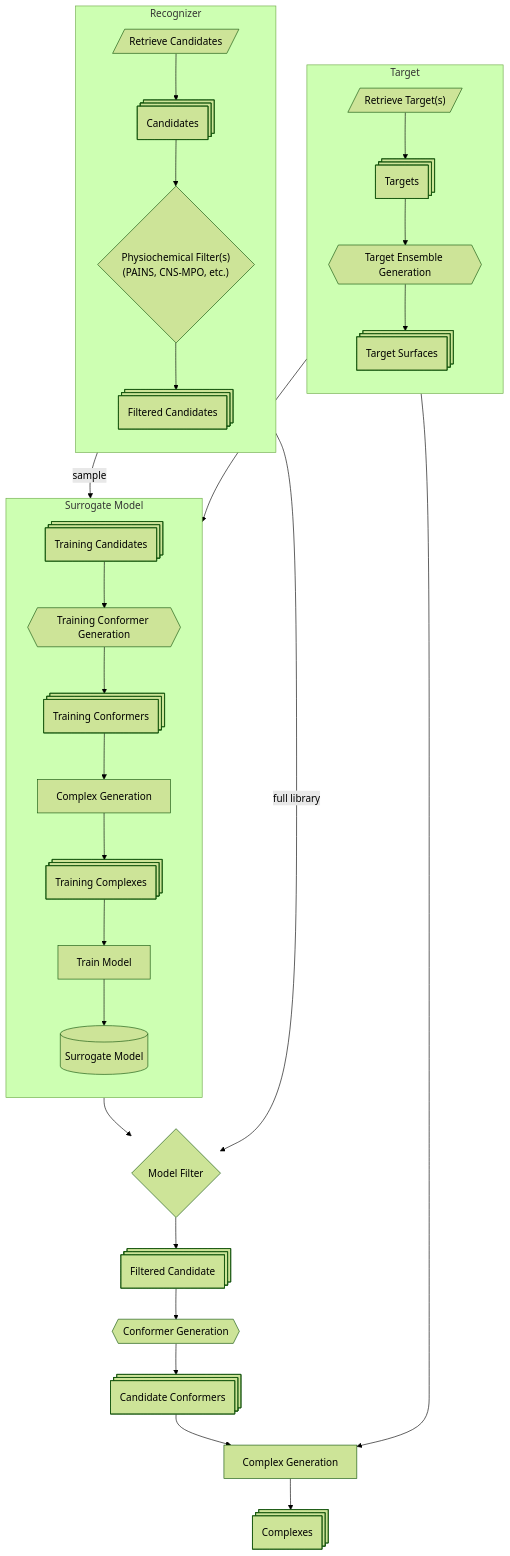
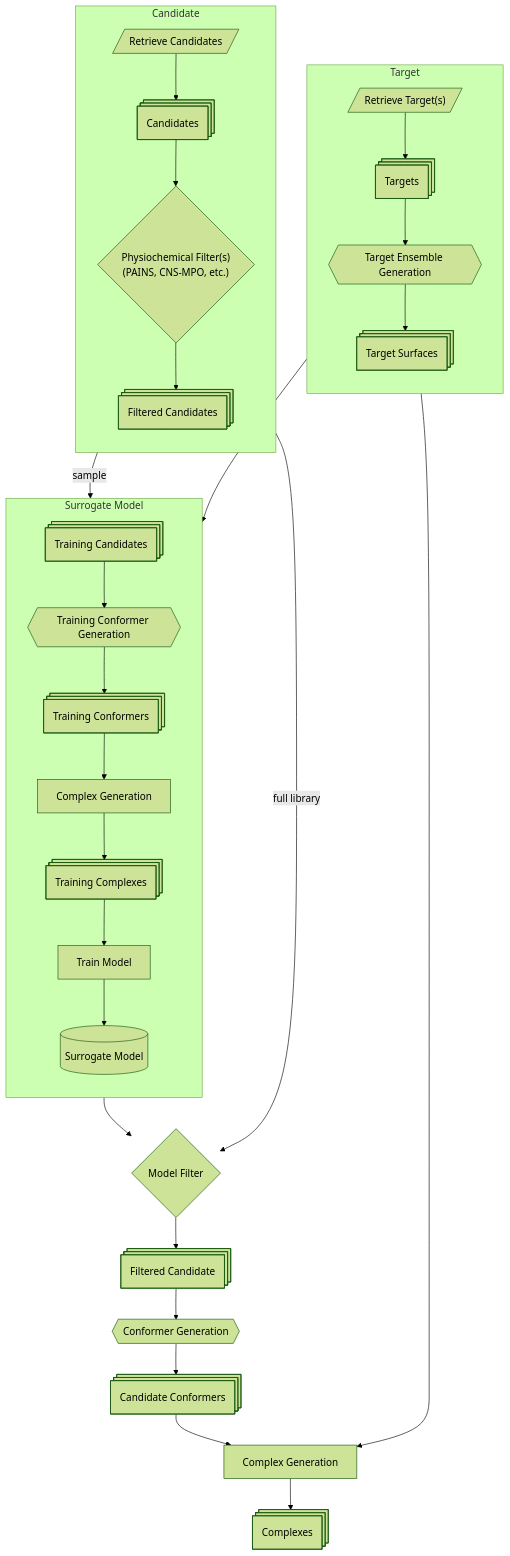
One commit to mmicatka/lynceus changed the diagram in docs/architecture.md. Above: the diagram before and after it, drawn with Mermaid (forest theme). The commit also changed other lines of this file and 10 other files, not shown here.

````diff
--- a/docs/architecture.md
+++ b/docs/architecture.md
@@ -5,52 +5,52 @@
 ```mermaid
 
 flowchart TD
 
   subgraph Target
     direction TD
 
     RetrieveTargets[/"Retrieve Target(s)"/] --> Targets@{ shape: st-rect, label: "Targets" }
     Targets --> EnsembleGeneration{{"Target Ensemble Generation"}}
     EnsembleGeneration --> TargetSurfaces@{shape: st-rect, label: "Target Surfaces"}
   end
 
-  subgraph Recognizer
+  subgraph Candidate
     direction TD
 
-    IngestCandidates[/"Retrieve Candidates"/] --> RecognizerCandidates@{ shape: st-rect, label: "Candidates" }
-    RecognizerCandidates --> InitialFilter{"Physiochemical Filter(s)<br>(PAINS, CNS-MPO, etc.)"}
+    RetrieveCandidates[/"Retrieve Candidates"/] --> Candidates@{ shape: st-rect, label: "Candidates" }
+    Candidates --> InitialFilter{"Physiochemical Filter(s)<br>(PAINS, CNS-MPO, etc.)"}
     InitialFilter --> FilteredCandidates@{shape: st-rect, label: "Filtered Candidates"}
   end
 
   subgraph Surrogate Model
     direction TD
 
     FilteredCandidates -- "sample" --> TrainingCandidates@{ shape: st-rect, label: "Training Candidates" }
     TrainingCandidates --> TrainingConformerGeneration{{"Training Conformer Generation"}}
     TrainingConformerGeneration --> TrainingConformers@{shape: st-rect, label: "Training Conformers"}
 
     TrainingConformers --> ModelComplexGeneration["Complex Generation"]
     TargetSurfaces --> ModelComplexGeneration
 
     ModelComplexGeneration --> TrainingComplexes@{shape: st-rect, label: "Training Complexes"}
 
     TrainingComplexes --> TrainModel["Train Model"]
     TrainModel --> SurrogateModel@{shape: cyl, label: "Surrogate Model"}
   end
 
   SurrogateModel --> SurrogateModelFilter{"Model Filter"}
   
   FilteredCandidates -- "full library" --> SurrogateModelFilter
 
   SurrogateModelFilter --> MLFilteredCandidates@{shape: st-rect, label: "Filtered Candidate"}
 
   MLFilteredCandidates --> MLFilteredCandidateConformerGeneration{{"Conformer Generation"}}
 
   MLFilteredCandidateConformerGeneration --> MLFilteredCandidateConformers@{ shape: st-rect, label: "Candidate Conformers"}
 
   MLFilteredCandidateConformers --> ComplexGeneration["Complex Generation"]
   TargetSurfaces --> ComplexGeneration
 
   ComplexGeneration --> Complexes@{shape: st-rect, label: "Complexes"}
 
 ```
````
